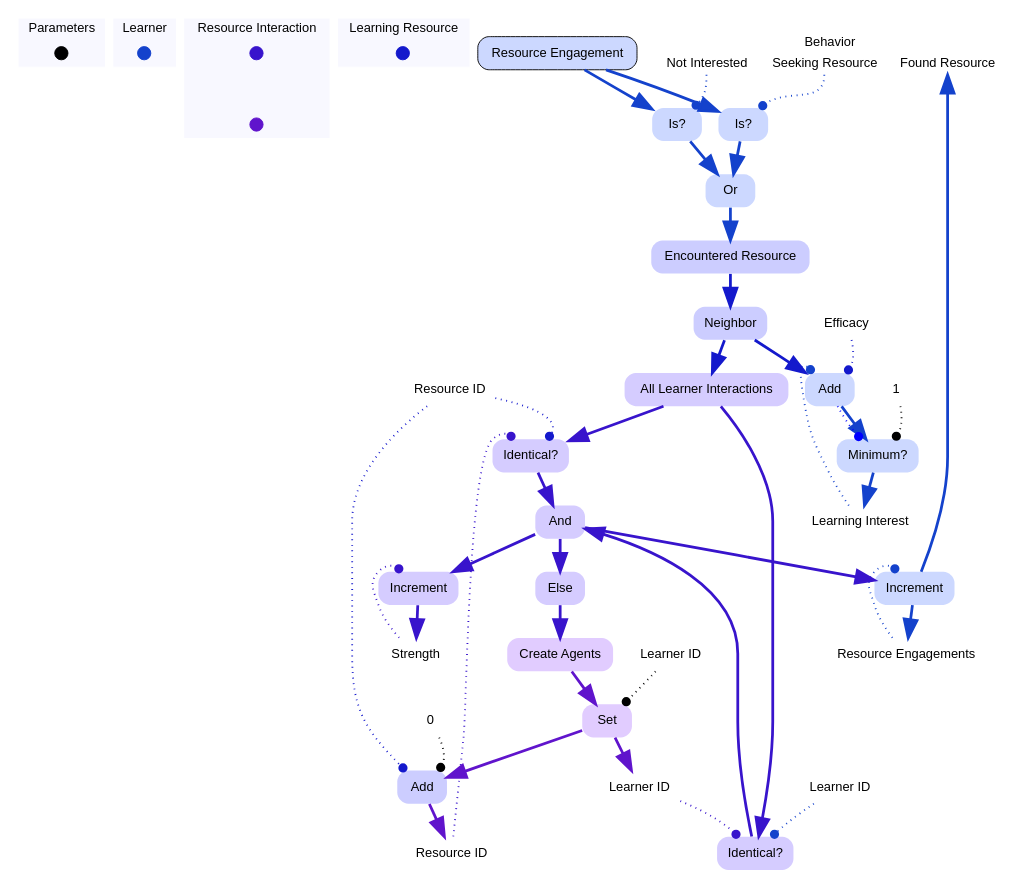
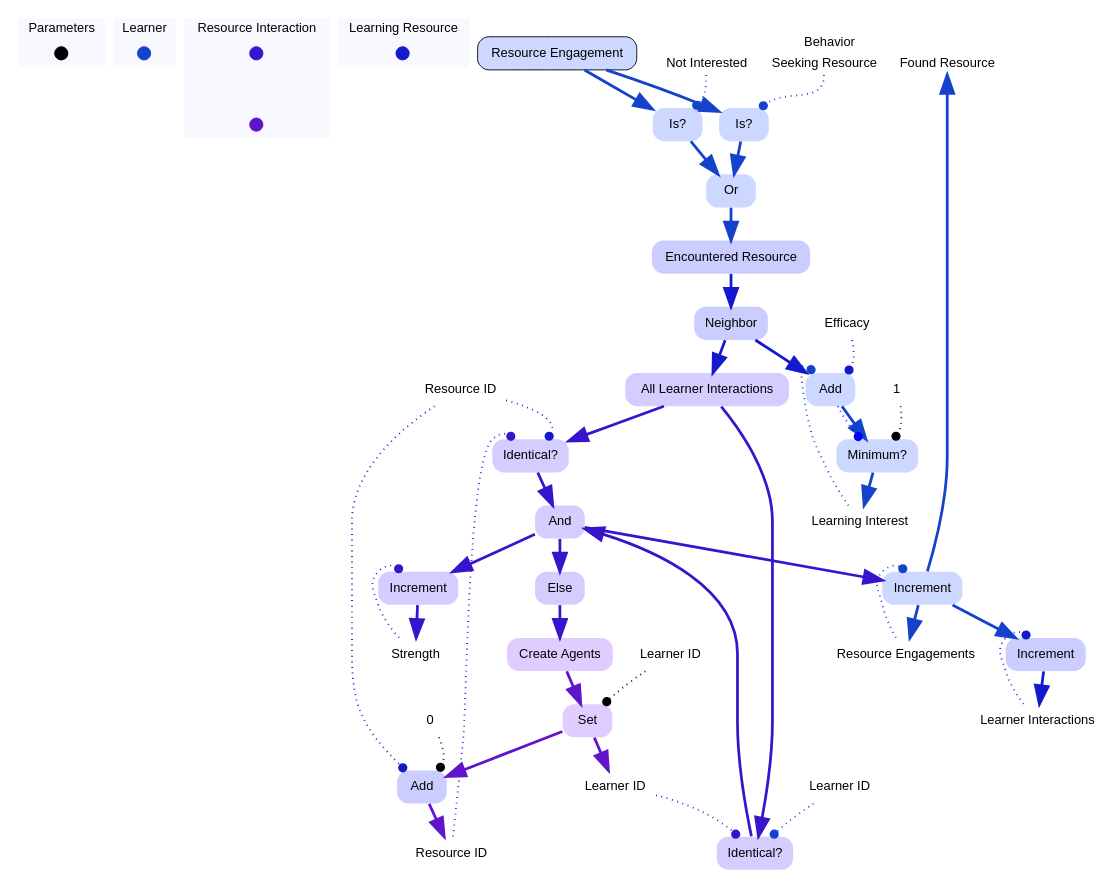
Before and after one commit to MilesParker/Synergies: the diagram in edu.osu.synergies.ascape/WebContent/SpatialResources/graphvis/learner_resourceEngagement.dot, drawn with Graphviz. The commit also changed 133 other files, not shown here.

```diff
--- a/edu.osu.synergies.ascape/WebContent/SpatialResources/graphvis/learner_resourceEngagement.dot
+++ b/edu.osu.synergies.ascape/WebContent/SpatialResources/graphvis/learner_resourceEngagement.dot
@@ -44,15 +44,16 @@
 
 	}
 		learnerbehaviorRecord [shape=record,fontname=Helvetica,style=filled,color=none,fillcolor=white,label="{<learnerbehavior> Behavior | {<learnerbehaviornotInterested> Not Interested|<learnerbehaviorseekingResource> Seeking Resource|<learnerbehaviorfoundResource> Found Resource}}"];
+		learnerbehaviorRecord [shape=record,fontname=Helvetica,style=filled,color=none,fillcolor=white,label="{<learnerbehavior> Behavior | {<learnerbehaviornotInterested> Not Interested|<learnerbehaviorseekingResource> Seeking Resource|<learnerbehaviorfoundResource> Found Resource}}"];
+		resourceInteractionresourceID [shape=none,fontsize=14,style="filled",fontname=Helvetica,color=none,fillcolor=white,label="Resource ID"];
+		resourceInteractionlearnerID [shape=none,fontsize=14,style="filled",fontname=Helvetica,color=none,fillcolor=white,label="Learner ID"];
+		learningResourceresourceID [shape=none,fontsize=14,style="filled",fontname=Helvetica,color=none,fillcolor=white,label="Resource ID"];
+		learnerresourceEngagements [shape=none,fontsize=14,style="filled",fontname=Helvetica,color=none,fillcolor=white,label="Resource Engagements"];
+		learningResourcelearnerInteractions [shape=none,fontsize=14,style="filled",fontname=Helvetica,color=none,fillcolor=white,label="Learner Interactions"];
 		resourceInteractionstrength [shape=none,fontsize=14,style="filled",fontname=Helvetica,color=none,fillcolor=white,label="Strength"];
-		resourceInteractionlearnerID [shape=none,fontsize=14,style="filled",fontname=Helvetica,color=none,fillcolor=white,label="Learner ID"];
+		learnerlearningInterest [shape=none,fontsize=14,style="filled",fontname=Helvetica,color=none,fillcolor=white,label="Learning Interest"];
 		learnerlearnerID [shape=none,fontsize=14,style="filled",fontname=Helvetica,color=none,fillcolor=white,label="Learner ID"];
-		learnerresourceEngagements [shape=none,fontsize=14,style="filled",fontname=Helvetica,color=none,fillcolor=white,label="Resource Engagements"];
-		resourceInteractionresourceID [shape=none,fontsize=14,style="filled",fontname=Helvetica,color=none,fillcolor=white,label="Resource ID"];
-		learnerlearningInterest [shape=none,fontsize=14,style="filled",fontname=Helvetica,color=none,fillcolor=white,label="Learning Interest"];
-		learningResourceresourceID [shape=none,fontsize=14,style="filled",fontname=Helvetica,color=none,fillcolor=white,label="Resource ID"];
 		learningResourceefficacy [shape=none,fontsize=14,style="filled",fontname=Helvetica,color=none,fillcolor=white,label="Efficacy"];
-		learnerbehaviorRecord [shape=record,fontname=Helvetica,style=filled,color=none,fillcolor=white,label="{<learnerbehavior> Behavior | {<learnerbehaviornotInterested> Not Interested|<learnerbehaviorseekingResource> Seeking Resource|<learnerbehaviorfoundResource> Found Resource}}"];
 
 //subgraph clusterresourceEngagement {
 	//style=filled;
@@ -61,67 +62,71 @@
 		resourceEngagement [shape=box,style="rounded,filled",fontname=Helvetica,color=black,fillcolor="0.625, 0.2, 1.0",label="Resource Engagement",URL="learner_resourceEngagement.svg"];
 	resourceEngagement ->  engagementIdenticalNotEngagedTodayQuery [color="0.625, 0.9 , 0.8",penwidth=3.0,arrowsize=2.0];
 	resourceEngagement ->  behaviorIdenticalNotInterestedQueryCopy [color="0.625, 0.9 , 0.8",penwidth=3.0,arrowsize=2.0];
-		minimum_LearningInterestAddEfficacyUnit_ [shape=none,style="rounded,filled",fontname=Helvetica,color="0.625, 0.2, 1.0",label="Minimum?"];
-			minimum_LearningInterestAddEfficacyUnit_ ->  learnerlearningInterest [color="0.625, 0.9 , 0.8",penwidth=3.0,arrowsize=2.0];
+
+		setLearnerIDToLearnerID [shape=none,style="rounded,filled",fontname=Helvetica,color="0.736, 0.2, 1.0",label="Set"];
+	setLearnerIDToLearnerID ->  resourceIDAddZero [color="0.736, 0.9 , 0.8",penwidth=3.0,arrowsize=2.0];
+		resourceIDAddZero [shape=none,style="rounded,filled",fontname=Helvetica,color="0.662, 0.2, 1.0",label="Add"];
+			resourceIDAddZero ->  resourceInteractionresourceID [color="0.736, 0.9 , 0.8",penwidth=3.0,arrowsize=2.0];
+		encounteredResource [shape=none,style="rounded,filled",fontname=Helvetica,color=gray,fillcolor="0.662, 0.2, 1.0",label="Encountered Resource"];
+	encounteredResource ->  neighborQueryCopyCopyCopy [color="0.662, 0.9 , 0.8",penwidth=3.0,arrowsize=2.0];
+		incrementResourceEngagements [shape=none,style="rounded,filled",fontname=Helvetica,color="0.625, 0.2, 1.0",label="Increment"];
+	incrementResourceEngagements ->  incrementLearnerInteractions [color="0.625, 0.9 , 0.8",penwidth=3.0,arrowsize=2.0];
+			incrementResourceEngagements ->  learnerbehaviorRecord:learnerbehaviorfoundResource [color="0.625, 0.9 , 0.8",penwidth=3.0,arrowsize=2.0];
+			incrementResourceEngagements ->  learnerresourceEngagements [color="0.625, 0.9 , 0.8",penwidth=3.0,arrowsize=2.0];
+		engagementIdenticalNotEngagedTodayQuery [shape=none,style="rounded,filled",fontname=Helvetica,color="0.625, 0.2, 1.0",label="Is?"];
+	engagementIdenticalNotEngagedTodayQuery ->  potentialResourceInteraction [color="0.625, 0.9 , 0.8",penwidth=3.0,arrowsize=2.0];
+		neighborQueryCopyCopyCopy [shape=none,style="rounded,filled",fontname=Helvetica,color="0.662, 0.2, 1.0",label="Neighbor"];
+	neighborQueryCopyCopyCopy ->  allLearnerInteractions [color="0.662, 0.9 , 0.8",penwidth=3.0,arrowsize=2.0];
+	neighborQueryCopyCopyCopy ->  learningInterestAddEfficacy [color="0.662, 0.9 , 0.8",penwidth=3.0,arrowsize=2.0];
+		_And_NeighborQueryCopyCopyCopyCopy [shape=none,style="rounded,filled",fontname=Helvetica,color="0.699, 0.2, 1.0",label="And"];
+	_And_NeighborQueryCopyCopyCopyCopy ->  newStrength [color="0.699, 0.9 , 0.8",penwidth=3.0,arrowsize=2.0];
+	_And_NeighborQueryCopyCopyCopyCopy ->  not__Or__And_NeighborQueryCopyCopyCopyCopy_ [color="0.699, 0.9 , 0.8",penwidth=3.0,arrowsize=2.0];
+	_And_NeighborQueryCopyCopyCopyCopy ->  incrementResourceEngagements [color="0.699, 0.9 , 0.8",penwidth=3.0,arrowsize=2.0];
+		resourceIDIdenticalIDQuery [shape=none,style="rounded,filled",fontname=Helvetica,color="0.699, 0.2, 1.0",label="Identical?"];
+	resourceIDIdenticalIDQuery ->  _And_NeighborQueryCopyCopyCopyCopy [color="0.699, 0.9 , 0.8",penwidth=3.0,arrowsize=2.0];
+		newStrength [shape=none,style="rounded,filled",fontname=Helvetica,color="0.699, 0.2, 1.0",label="Increment"];
+			newStrength ->  resourceInteractionstrength [color="0.699, 0.9 , 0.8",penwidth=3.0,arrowsize=2.0];
 		behaviorIdenticalNotInterestedQueryCopy [shape=none,style="rounded,filled",fontname=Helvetica,color="0.625, 0.2, 1.0",label="Is?"];
 	behaviorIdenticalNotInterestedQueryCopy ->  potentialResourceInteraction [color="0.625, 0.9 , 0.8",penwidth=3.0,arrowsize=2.0];
 		allLearnerInteractions [shape=none,style="rounded,filled",fontname=Helvetica,color=gray,fillcolor="0.699, 0.2, 1.0",label="All Learner Interactions"];
 	allLearnerInteractions ->  resourceIDIdenticalIDQuery [color="0.699, 0.9 , 0.8",penwidth=3.0,arrowsize=2.0];
 	allLearnerInteractions ->  learnerIDIdenticalLearnerIDQuery [color="0.699, 0.9 , 0.8",penwidth=3.0,arrowsize=2.0];
-
-		setLearnerIDToLearnerID [shape=none,style="rounded,filled",fontname=Helvetica,color="0.736, 0.2, 1.0",label="Set"];
-	setLearnerIDToLearnerID ->  resourceIDAddZero [color="0.736, 0.9 , 0.8",penwidth=3.0,arrowsize=2.0];
+		createAgents [shape=none,style="rounded,filled",fontname=Helvetica,color=gray,fillcolor="0.736, 0.2, 1.0",label="Create Agents"];
+	createAgents ->  setLearnerIDToLearnerID [color="0.736, 0.9 , 0.8",penwidth=3.0,arrowsize=2.0];
+	setLearnerIDToLearnerID ->  resourceInteractionlearnerID [color="0.736, 0.9 , 0.8",penwidth=3.0,arrowsize=2.0];
+		potentialResourceInteraction [shape=none,style="rounded,filled",fontname=Helvetica,color="0.625, 0.2, 1.0",label="Or"];
+	potentialResourceInteraction ->  encounteredResource [color="0.625, 0.9 , 0.8",penwidth=3.0,arrowsize=2.0];
 		learnerIDIdenticalLearnerIDQuery [shape=none,style="rounded,filled",fontname=Helvetica,color="0.699, 0.2, 1.0",label="Identical?"];
 	learnerIDIdenticalLearnerIDQuery ->  _And_NeighborQueryCopyCopyCopyCopy [color="0.699, 0.9 , 0.8",penwidth=3.0,arrowsize=2.0];
 		not__Or__And_NeighborQueryCopyCopyCopyCopy_ [shape=none,style="rounded,filled",fontname=Helvetica,color="0.699, 0.2, 1.0",label="Else"];
 	not__Or__And_NeighborQueryCopyCopyCopyCopy_ ->  createAgents [color="0.699, 0.9 , 0.8",penwidth=3.0,arrowsize=2.0];
-		engagementIdenticalNotEngagedTodayQuery [shape=none,style="rounded,filled",fontname=Helvetica,color="0.625, 0.2, 1.0",label="Is?"];
-	engagementIdenticalNotEngagedTodayQuery ->  potentialResourceInteraction [color="0.625, 0.9 , 0.8",penwidth=3.0,arrowsize=2.0];
-		newStrength [shape=none,style="rounded,filled",fontname=Helvetica,color="0.699, 0.2, 1.0",label="Increment"];
-			newStrength ->  resourceInteractionstrength [color="0.699, 0.9 , 0.8",penwidth=3.0,arrowsize=2.0];
-		resourceIDAddZero [shape=none,style="rounded,filled",fontname=Helvetica,color="0.662, 0.2, 1.0",label="Add"];
-			resourceIDAddZero ->  resourceInteractionresourceID [color="0.736, 0.9 , 0.8",penwidth=3.0,arrowsize=2.0];
-		neighborQueryCopyCopyCopy [shape=none,style="rounded,filled",fontname=Helvetica,color="0.662, 0.2, 1.0",label="Neighbor"];
-	neighborQueryCopyCopyCopy ->  allLearnerInteractions [color="0.662, 0.9 , 0.8",penwidth=3.0,arrowsize=2.0];
-	neighborQueryCopyCopyCopy ->  learningInterestAddEfficacy [color="0.662, 0.9 , 0.8",penwidth=3.0,arrowsize=2.0];
+		incrementLearnerInteractions [shape=none,style="rounded,filled",fontname=Helvetica,color="0.662, 0.2, 1.0",label="Increment"];
+			incrementLearnerInteractions ->  learningResourcelearnerInteractions [color="0.662, 0.9 , 0.8",penwidth=3.0,arrowsize=2.0];
 		learningInterestAddEfficacy [shape=none,style="rounded,filled",fontname=Helvetica,color="0.625, 0.2, 1.0",label="Add"];
 	learningInterestAddEfficacy ->  minimum_LearningInterestAddEfficacyUnit_ [color="0.625, 0.9 , 0.8",penwidth=3.0,arrowsize=2.0];
-		createAgents [shape=none,style="rounded,filled",fontname=Helvetica,color=gray,fillcolor="0.736, 0.2, 1.0",label="Create Agents"];
-	createAgents ->  setLearnerIDToLearnerID [color="0.736, 0.9 , 0.8",penwidth=3.0,arrowsize=2.0];
-	setLearnerIDToLearnerID ->  resourceInteractionlearnerID [color="0.736, 0.9 , 0.8",penwidth=3.0,arrowsize=2.0];
-		_And_NeighborQueryCopyCopyCopyCopy [shape=none,style="rounded,filled",fontname=Helvetica,color="0.699, 0.2, 1.0",label="And"];
-	_And_NeighborQueryCopyCopyCopyCopy ->  newStrength [color="0.699, 0.9 , 0.8",penwidth=3.0,arrowsize=2.0];
-	_And_NeighborQueryCopyCopyCopyCopy ->  not__Or__And_NeighborQueryCopyCopyCopyCopy_ [color="0.699, 0.9 , 0.8",penwidth=3.0,arrowsize=2.0];
-	_And_NeighborQueryCopyCopyCopyCopy ->  incrementResourceEngagements [color="0.699, 0.9 , 0.8",penwidth=3.0,arrowsize=2.0];
-		incrementResourceEngagements [shape=none,style="rounded,filled",fontname=Helvetica,color="0.625, 0.2, 1.0",label="Increment"];
-			incrementResourceEngagements ->  learnerbehaviorRecord:learnerbehaviorfoundResource [color="0.625, 0.9 , 0.8",penwidth=3.0,arrowsize=2.0];
-			incrementResourceEngagements ->  learnerresourceEngagements [color="0.625, 0.9 , 0.8",penwidth=3.0,arrowsize=2.0];
-		encounteredResource [shape=none,style="rounded,filled",fontname=Helvetica,color=gray,fillcolor="0.662, 0.2, 1.0",label="Encountered Resource"];
-	encounteredResource ->  neighborQueryCopyCopyCopy [color="0.662, 0.9 , 0.8",penwidth=3.0,arrowsize=2.0];
-		resourceIDIdenticalIDQuery [shape=none,style="rounded,filled",fontname=Helvetica,color="0.699, 0.2, 1.0",label="Identical?"];
-	resourceIDIdenticalIDQuery ->  _And_NeighborQueryCopyCopyCopyCopy [color="0.699, 0.9 , 0.8",penwidth=3.0,arrowsize=2.0];
-		potentialResourceInteraction [shape=none,style="rounded,filled",fontname=Helvetica,color="0.625, 0.2, 1.0",label="Or"];
-	potentialResourceInteraction ->  encounteredResource [color="0.625, 0.9 , 0.8",penwidth=3.0,arrowsize=2.0];
+		minimum_LearningInterestAddEfficacyUnit_ [shape=none,style="rounded,filled",fontname=Helvetica,color="0.625, 0.2, 1.0",label="Minimum?"];
+			minimum_LearningInterestAddEfficacyUnit_ ->  learnerlearningInterest [color="0.625, 0.9 , 0.8",penwidth=3.0,arrowsize=2.0];
 //}
+
+		importabcsetLearnerIDToLearnerIDlearnerlearnerID [fontname=Helvetica,shape=none,label="Learner ID"];
+		importabcsetLearnerIDToLearnerIDlearnerlearnerID -> setLearnerIDToLearnerID:"ne" [style=dotted,arrowhead=dot,color=black,penwidth=2.0];
+		learningResourceresourceID -> resourceIDAddZero:nw [style=dotted,arrowhead=dot,color="0.662, 0.9 , 0.8",penwidth=2.0];
+	
+		importxyxresourceIDAddZerofunctionszero0 [fontname=Helvetica,shape=none,label="0"];
+		importxyxresourceIDAddZerofunctionszero0 -> resourceIDAddZero:ne [style=dotted,arrowhead=dot,color=black,penwidth=2.0];
+		learnerresourceEngagements -> incrementResourceEngagements:nw [style=dotted,arrowhead=dot,color="0.625, 0.9 , 0.8",penwidth=2.0];
+		learnerbehaviorRecord:learnerbehaviorseekingResource -> engagementIdenticalNotEngagedTodayQuery:ne [style=dotted,arrowhead=dot,color="0.625, 0.9 , 0.8",penwidth=2.0];
+		resourceInteractionresourceID -> resourceIDIdenticalIDQuery:nw [style=dotted,arrowhead=dot,color="0.699, 0.9 , 0.8",penwidth=2.0];
+		learningResourceresourceID -> resourceIDIdenticalIDQuery:ne [style=dotted,arrowhead=dot,color="0.662, 0.9 , 0.8",penwidth=2.0];
+		resourceInteractionstrength -> newStrength:nw [style=dotted,arrowhead=dot,color="0.699, 0.9 , 0.8",penwidth=2.0];
+		learnerbehaviorRecord:learnerbehaviornotInterested -> behaviorIdenticalNotInterestedQueryCopy:ne [style=dotted,arrowhead=dot,color="0.625, 0.9 , 0.8",penwidth=2.0];
+		resourceInteractionlearnerID -> learnerIDIdenticalLearnerIDQuery:nw [style=dotted,arrowhead=dot,color="0.699, 0.9 , 0.8",penwidth=2.0];
+		learnerlearnerID -> learnerIDIdenticalLearnerIDQuery:ne [style=dotted,arrowhead=dot,color="0.625, 0.9 , 0.8",penwidth=2.0];
+		learningResourcelearnerInteractions -> incrementLearnerInteractions:nw [style=dotted,arrowhead=dot,color="0.662, 0.9 , 0.8",penwidth=2.0];
+		learnerlearningInterest -> learningInterestAddEfficacy:nw [style=dotted,arrowhead=dot,color="0.625, 0.9 , 0.8",penwidth=2.0];
+		learningResourceefficacy -> learningInterestAddEfficacy:ne [style=dotted,arrowhead=dot,color="0.662, 0.9 , 0.8",penwidth=2.0];
 		learningInterestAddEfficacy -> minimum_LearningInterestAddEfficacyUnit_:nw [style=dotted,arrowhead=dot,color=blue,penwidth=2.0];
 	
 		importxyxminimum_LearningInterestAddEfficacyUnit_functionsunit1 [fontname=Helvetica,shape=none,label="1"];
 		importxyxminimum_LearningInterestAddEfficacyUnit_functionsunit1 -> minimum_LearningInterestAddEfficacyUnit_:ne [style=dotted,arrowhead=dot,color=black,penwidth=2.0];
-		learnerbehaviorRecord:learnerbehaviornotInterested -> behaviorIdenticalNotInterestedQueryCopy:ne [style=dotted,arrowhead=dot,color="0.625, 0.9 , 0.8",penwidth=2.0];
-
-		importabcsetLearnerIDToLearnerIDlearnerlearnerID [fontname=Helvetica,shape=none,label="Learner ID"];
-		importabcsetLearnerIDToLearnerIDlearnerlearnerID -> setLearnerIDToLearnerID:"ne" [style=dotted,arrowhead=dot,color=black,penwidth=2.0];
-		resourceInteractionlearnerID -> learnerIDIdenticalLearnerIDQuery:nw [style=dotted,arrowhead=dot,color="0.699, 0.9 , 0.8",penwidth=2.0];
-		learnerlearnerID -> learnerIDIdenticalLearnerIDQuery:ne [style=dotted,arrowhead=dot,color="0.625, 0.9 , 0.8",penwidth=2.0];
-		learnerbehaviorRecord:learnerbehaviorseekingResource -> engagementIdenticalNotEngagedTodayQuery:ne [style=dotted,arrowhead=dot,color="0.625, 0.9 , 0.8",penwidth=2.0];
-		resourceInteractionstrength -> newStrength:nw [style=dotted,arrowhead=dot,color="0.699, 0.9 , 0.8",penwidth=2.0];
-		learningResourceresourceID -> resourceIDAddZero:nw [style=dotted,arrowhead=dot,color="0.662, 0.9 , 0.8",penwidth=2.0];
-	
-		importxyxresourceIDAddZerofunctionszero0 [fontname=Helvetica,shape=none,label="0"];
-		importxyxresourceIDAddZerofunctionszero0 -> resourceIDAddZero:ne [style=dotted,arrowhead=dot,color=black,penwidth=2.0];
-		learnerlearningInterest -> learningInterestAddEfficacy:nw [style=dotted,arrowhead=dot,color="0.625, 0.9 , 0.8",penwidth=2.0];
-		learningResourceefficacy -> learningInterestAddEfficacy:ne [style=dotted,arrowhead=dot,color="0.662, 0.9 , 0.8",penwidth=2.0];
-		learnerresourceEngagements -> incrementResourceEngagements:nw [style=dotted,arrowhead=dot,color="0.625, 0.9 , 0.8",penwidth=2.0];
-		resourceInteractionresourceID -> resourceIDIdenticalIDQuery:nw [style=dotted,arrowhead=dot,color="0.699, 0.9 , 0.8",penwidth=2.0];
-		learningResourceresourceID -> resourceIDIdenticalIDQuery:ne [style=dotted,arrowhead=dot,color="0.662, 0.9 , 0.8",penwidth=2.0];
 }
```
